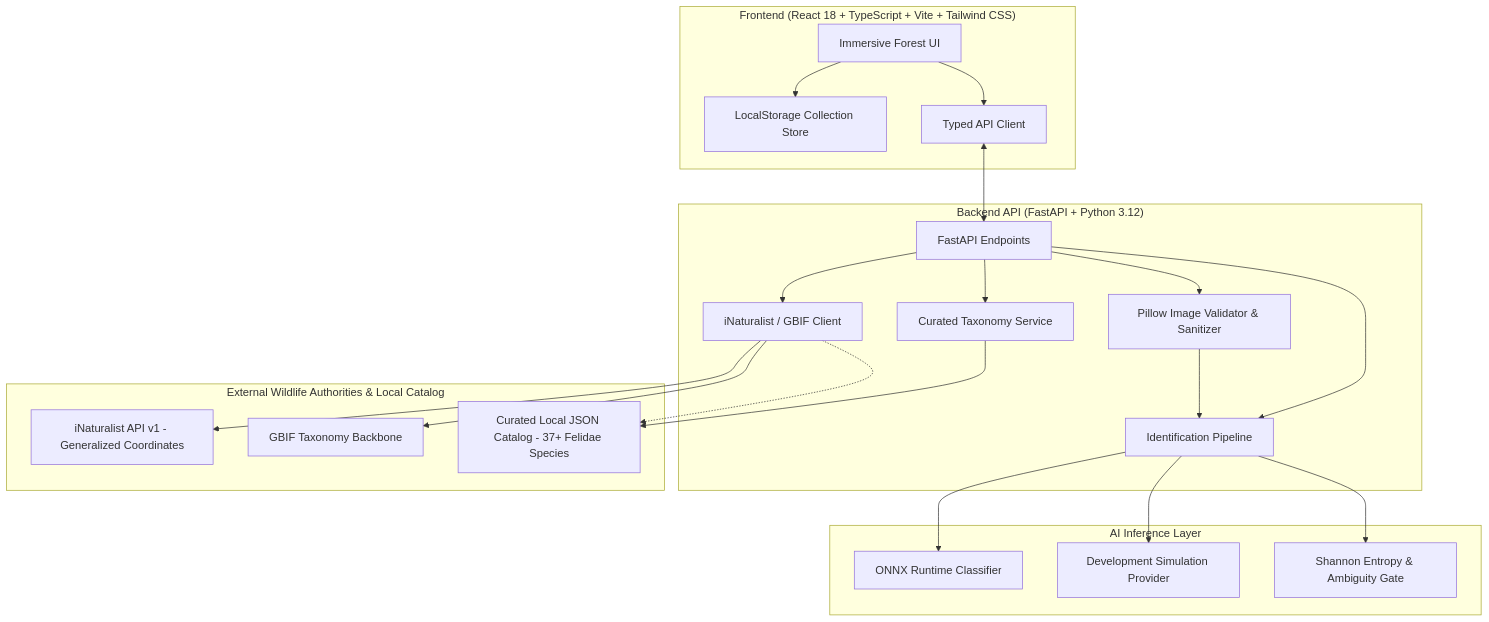
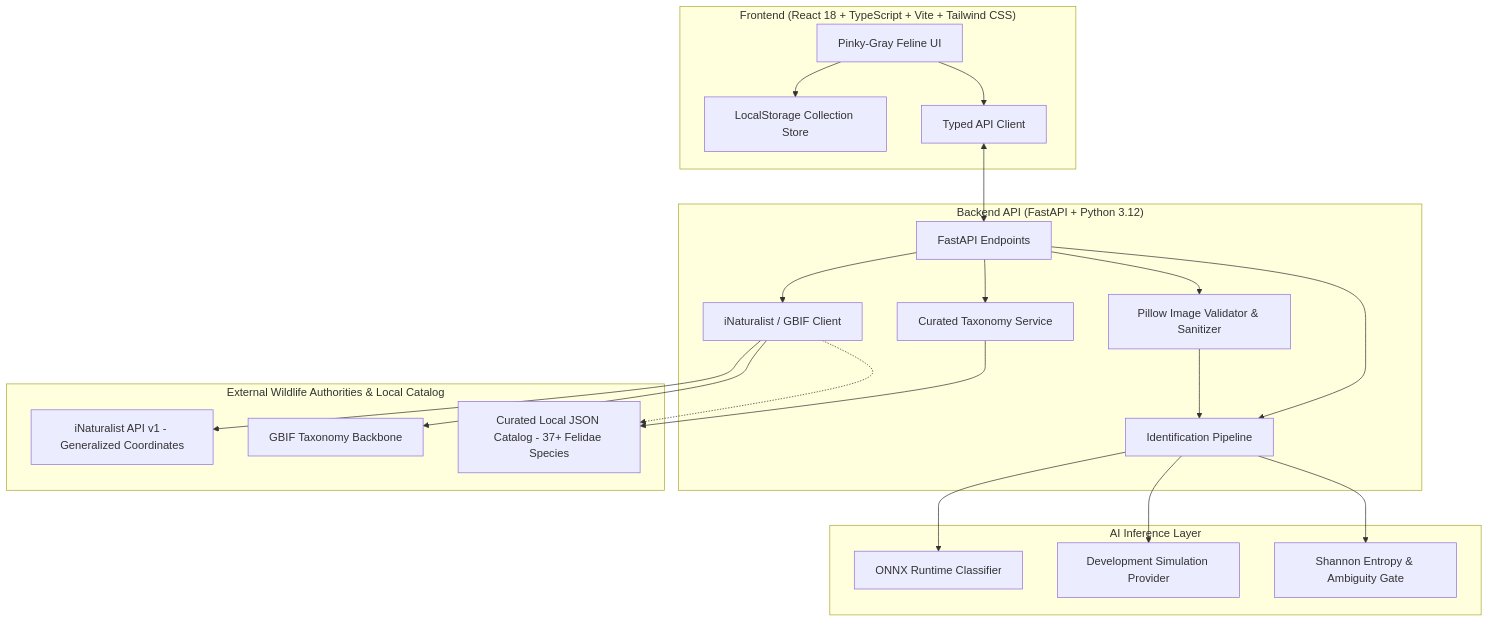
One commit to Horrid-12/Felineye changed the diagram in README.md. Above: the diagram before and after it, drawn with Mermaid. The commit also changed other lines of this file, not shown here.

````diff
--- a/README.md
+++ b/README.md
@@ -47,47 +58,47 @@
 ```mermaid
 flowchart TD
     subgraph Client ["Frontend (React 18 + TypeScript + Vite + Tailwind CSS)"]
-        UI[Immersive Forest UI]
+        UI[Pinky-Gray Feline UI]
         Store[LocalStorage Collection Store]
         ClientAPI[Typed API Client]
         UI --> Store
         UI --> ClientAPI
     end
 
     subgraph Backend ["Backend API (FastAPI + Python 3.12)"]
         Router[FastAPI Endpoints]
         Validator[Pillow Image Validator & Sanitizer]
         Pipeline[Identification Pipeline]
         SpeciesSvc[Curated Taxonomy Service]
         ObsSvc[iNaturalist / GBIF Client]
 
         Router --> Validator
         Router --> Pipeline
         Router --> SpeciesSvc
         Router --> ObsSvc
         Validator --> Pipeline
     end
 
     subgraph AI ["AI Inference Layer"]
         Onnx[ONNX Runtime Classifier]
         DevMock[Development Simulation Provider]
         EntropyCalc[Shannon Entropy & Ambiguity Gate]
 
         Pipeline --> Onnx
         Pipeline --> DevMock
         Pipeline --> EntropyCalc
     end
 
     subgraph DataSources ["External Wildlife Authorities & Local Catalog"]
         iNat[iNaturalist API v1 - Generalized Coordinates]
         GBIF[GBIF Taxonomy Backbone]
         Catalog[Curated Local JSON Catalog - 37+ Felidae Species]
 
         SpeciesSvc --> Catalog
         ObsSvc --> iNat
         ObsSvc --> GBIF
         ObsSvc -.-> Catalog
     end
 
     ClientAPI <--> Router
 ```
````
